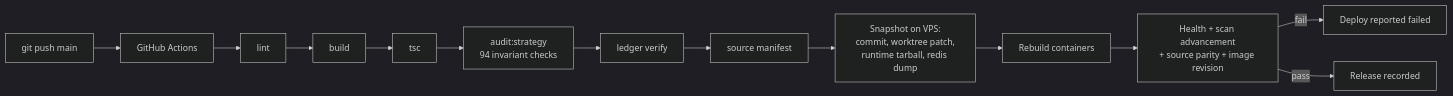
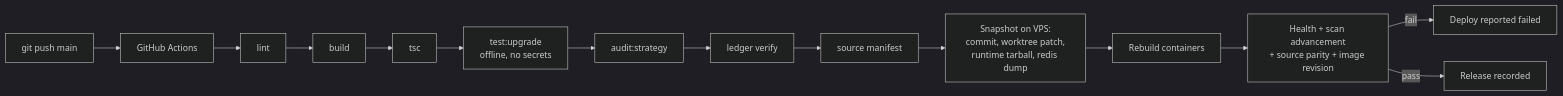
The sixth of 6 diagrams in docs/ARCHITECTURE.md (tejashendre/AI-paper-trading-agent), drawn with Mermaid (dark theme) before and after one commit. The commit also changed other lines of this file and 15 other files, not shown here.

First line of the commit message:
test: verify Bybit coverage and state-safe rollout

````diff
--- a/docs/ARCHITECTURE.md
+++ b/docs/ARCHITECTURE.md
@@ -213,10 +240,10 @@
 ```mermaid
 flowchart LR
     PUSH["git push main"] --> CI["GitHub Actions"]
-    CI --> G1["lint"] --> G2["build"] --> G3["tsc"] --> G4["audit:strategy<br/>94 invariant checks"] --> G5["ledger verify"] --> G6["source manifest"]
+    CI --> G1["lint"] --> G2["build"] --> G3["tsc"] --> GT["test:upgrade<br/>offline, no secrets"] --> G4["audit:strategy"] --> G5["ledger verify"] --> G6["source manifest"]
     G6 --> SNAP["Snapshot on VPS:<br/>commit, worktree patch,<br/>runtime tarball, redis dump"]
     SNAP --> BUILD["Rebuild containers"]
     BUILD --> VERIFY["Health + scan advancement<br/>+ source parity + image revision"]
     VERIFY -->|fail| RED["Deploy reported failed"]
     VERIFY -->|pass| GREEN["Release recorded"]
 ```
````
